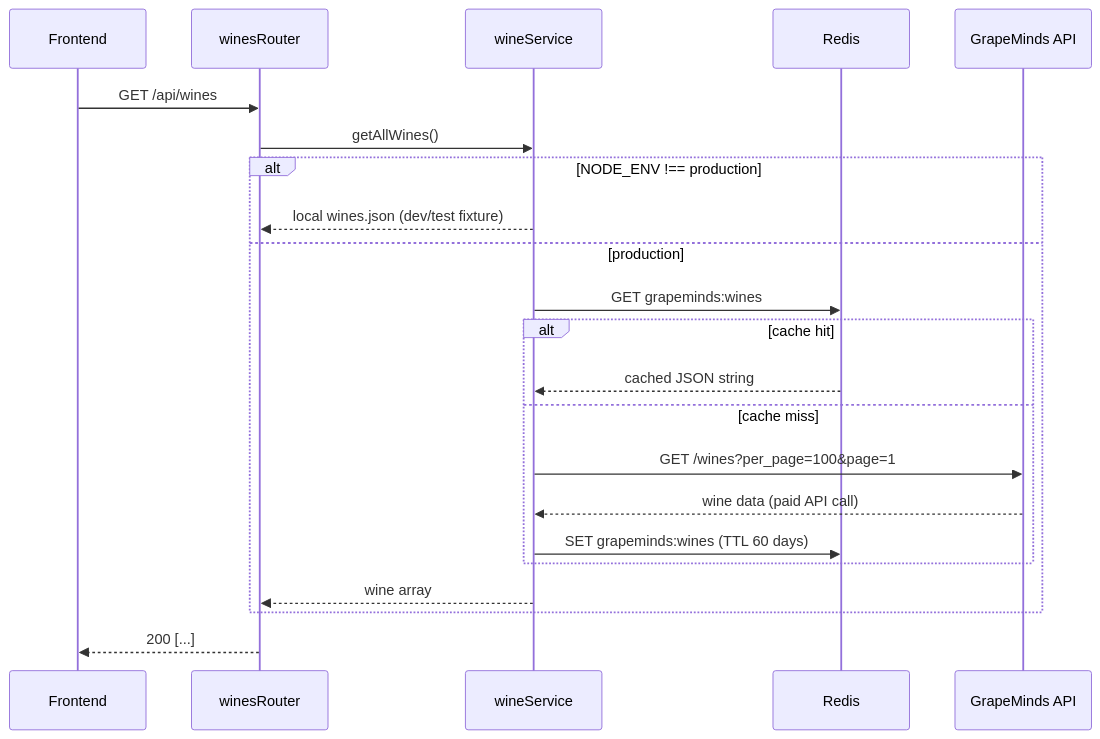
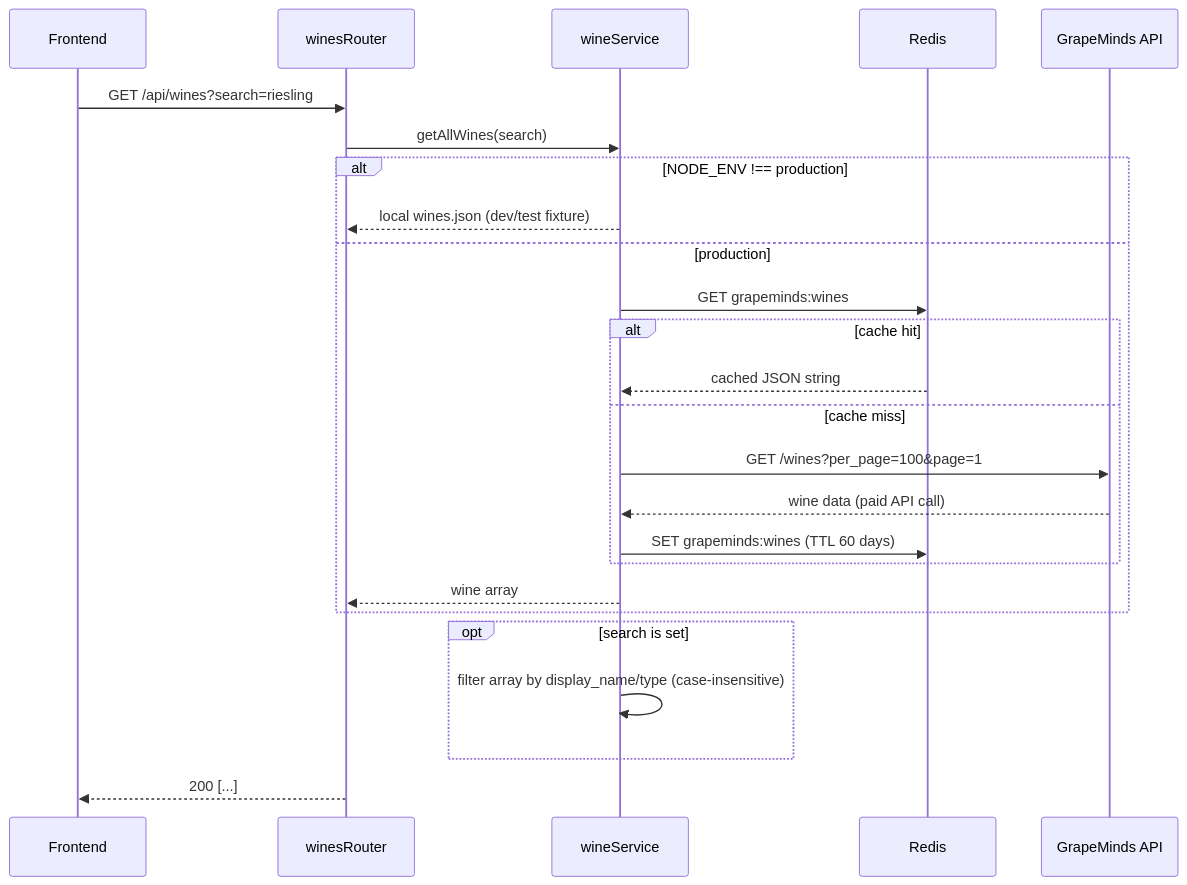
The sixth of 6 diagrams in back/README.md (vsvala/KnowWine-AI), drawn with Mermaid before and after one commit. The commit also changed other lines of this file, not shown here.

````diff
--- a/back/README.md
+++ b/back/README.md
@@ -324,25 +324,28 @@
 ```mermaid
 sequenceDiagram
     participant FE as Frontend
     participant WR as winesRouter
     participant WS as wineService
     participant RD as Redis
     participant GM as GrapeMinds API
 
-    FE->>WR: GET /api/wines
-    WR->>WS: getAllWines()
+    FE->>WR: GET /api/wines?search=riesling
+    WR->>WS: getAllWines(search)
     alt NODE_ENV !== production
         WS-->>WR: local wines.json (dev/test fixture)
     else production
         WS->>RD: GET grapeminds:wines
         alt cache hit
             RD-->>WS: cached JSON string
         else cache miss
             WS->>GM: GET /wines?per_page=100&page=1
             GM-->>WS: wine data (paid API call)
             WS->>RD: SET grapeminds:wines (TTL 60 days)
         end
         WS-->>WR: wine array
     end
+    opt search is set
+        WS->>WS: filter array by display_name/type (case-insensitive)
+    end
     WR-->>FE: 200 [...]
 ```
````
